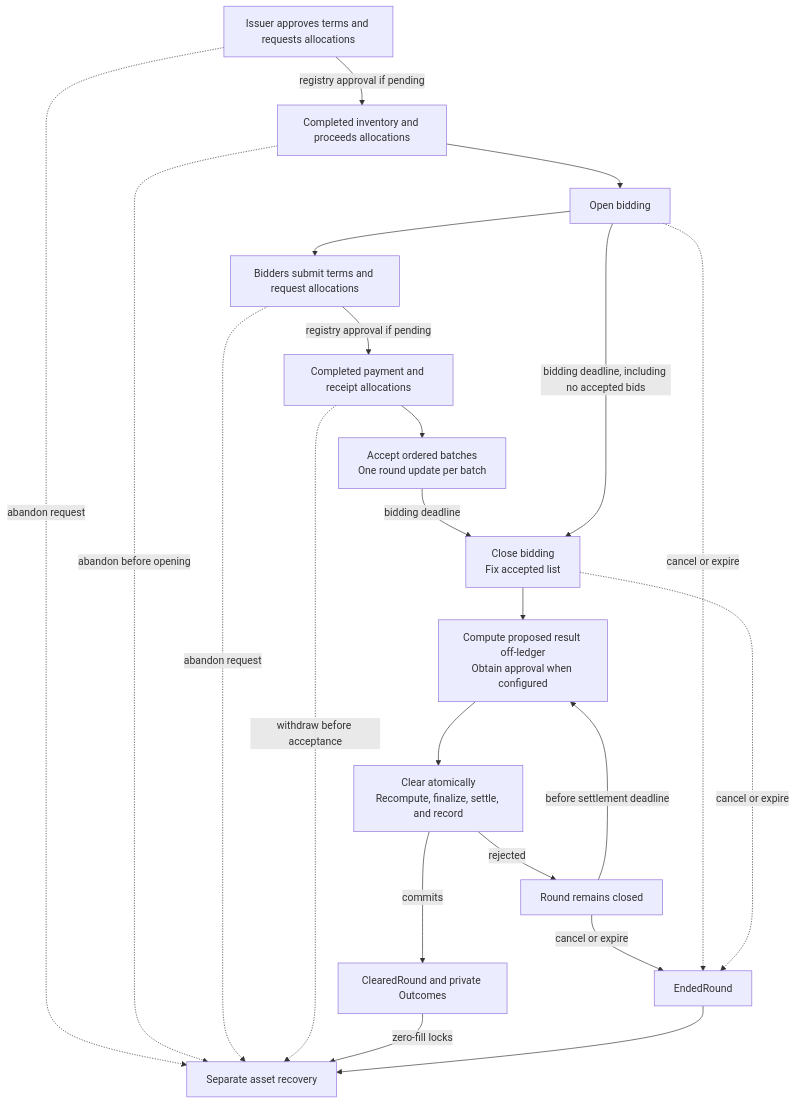
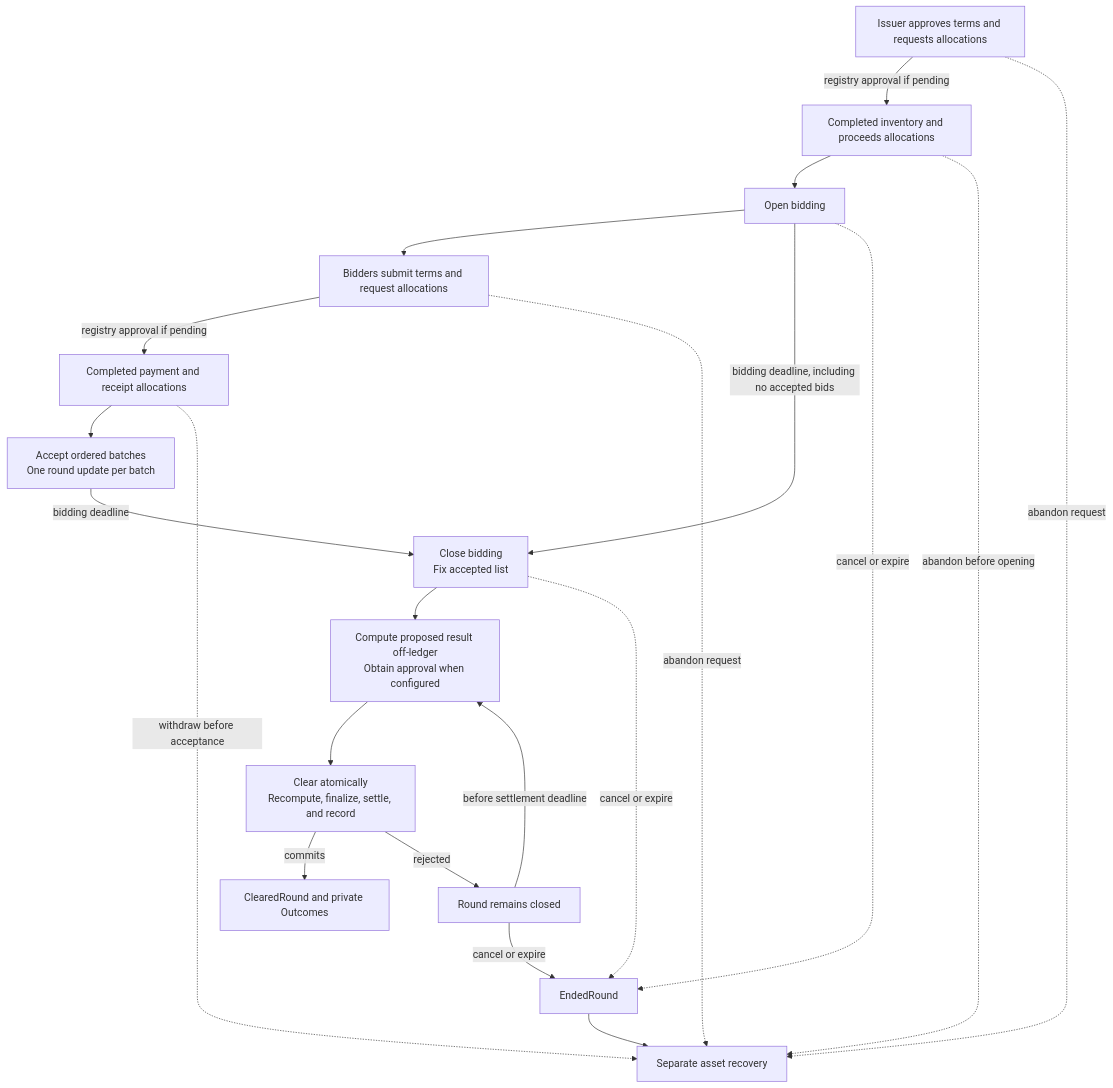
One commit to OpenZeppelin/canton-specs changed the diagram in docs/reference-architectures/confidential-auction.md. Above: the diagram before and after it, drawn with Mermaid. The commit also changed other lines of this file, not shown here.

````diff
--- a/docs/reference-architectures/confidential-auction.md
+++ b/docs/reference-architectures/confidential-auction.md
@@ -247,24 +249,23 @@
 ```mermaid
 flowchart TB
     PrepareRound["Issuer approves terms and requests allocations"] -->|"registry approval if pending"| RoundReady["Completed inventory and proceeds allocations"]
     RoundReady --> Open["Open bidding"]
     Open --> PrepareBid["Bidders submit terms and request allocations"]
     PrepareBid -->|"registry approval if pending"| Ready["Completed payment and receipt allocations"]
     Ready --> Accept["Accept ordered batches<br/>One round update per batch"]
     Accept -->|"bidding deadline"| Close["Close bidding<br/>Fix accepted list"]
     Open -->|"bidding deadline, including no accepted bids"| Close
     Close --> Propose["Compute proposed result off-ledger<br/>Obtain approval when configured"]
     Propose --> Clear["Clear atomically<br/>Recompute, finalize, settle, and record"]
     Clear -->|"commits"| Done["ClearedRound and private Outcomes"]
     Clear -->|"rejected"| Retry["Round remains closed"]
     Retry -->|"before settlement deadline"| Propose
     Retry -->|"cancel or expire"| End["EndedRound"]
     Open -.->|"cancel or expire"| End
     Close -.->|"cancel or expire"| End
     PrepareRound -.->|"abandon request"| Recover["Separate asset recovery"]
     RoundReady -.->|"abandon before opening"| Recover
     PrepareBid -.->|"abandon request"| Recover
     Ready -.->|"withdraw before acceptance"| Recover
-    Done -->|"zero-fill locks"| Recover
     End --> Recover
 ```
````
